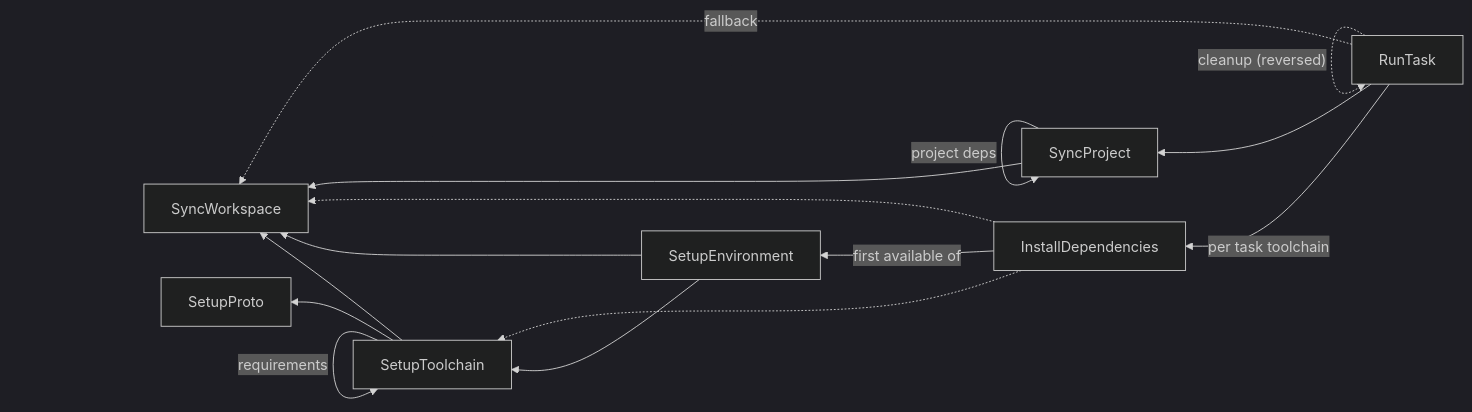
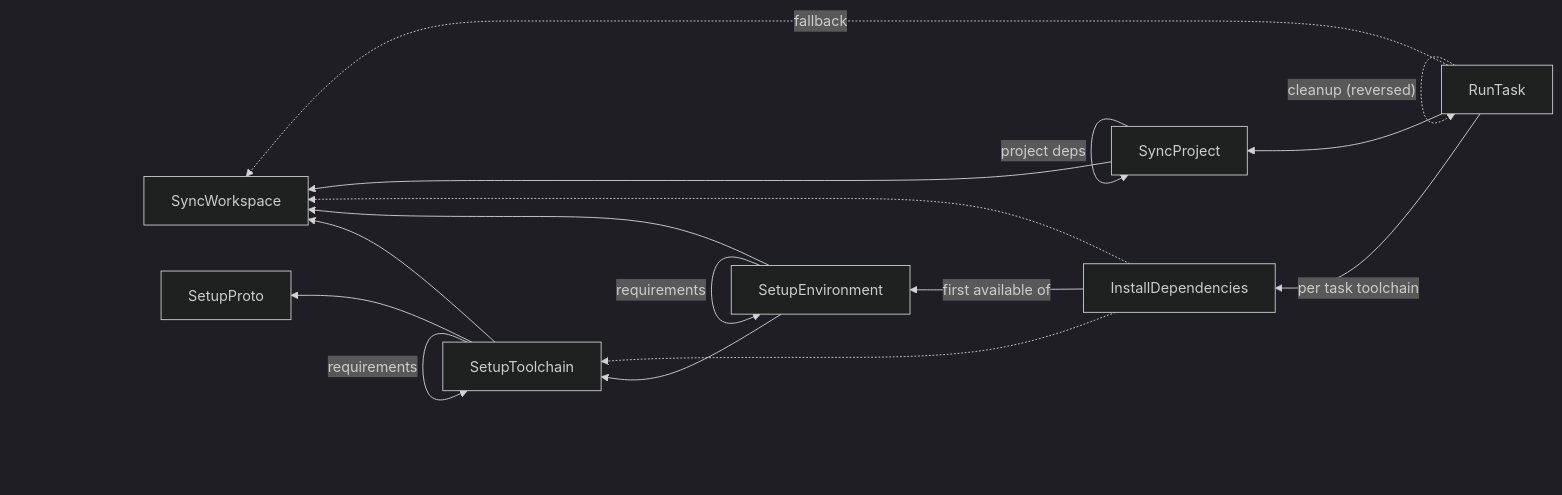
One commit to moonrepo/moon changed the diagram in docs/ACTION_GRAPH.md. Above: the diagram before and after it, drawn with Mermaid (dark theme). The commit also changed other lines of this file and 8 other files, not shown here.

````diff
--- a/docs/ACTION_GRAPH.md
+++ b/docs/ACTION_GRAPH.md
@@ -61,18 +61,19 @@
 ```mermaid
 flowchart RL
   RunTask -- "required / wait" --> RunTask
   RunTask -. "cleanup (reversed)" .-> RunTask
   RunTask --> SyncProject
   RunTask -- "per task toolchain" --> InstallDependencies
   RunTask -. fallback .-> SyncWorkspace
   SyncProject -- "project deps" --> SyncProject
   SyncProject --> SyncWorkspace
   InstallDependencies -- "first available of" --> SetupEnvironment
   InstallDependencies -.-> SetupToolchain
   InstallDependencies -.-> SyncWorkspace
+  SetupEnvironment -- "requirements" --> SetupEnvironment
   SetupEnvironment --> SetupToolchain
   SetupEnvironment --> SyncWorkspace
   SetupToolchain -- "requirements" --> SetupToolchain
   SetupToolchain --> SyncWorkspace
   SetupToolchain --> SetupProto
 ```
````
